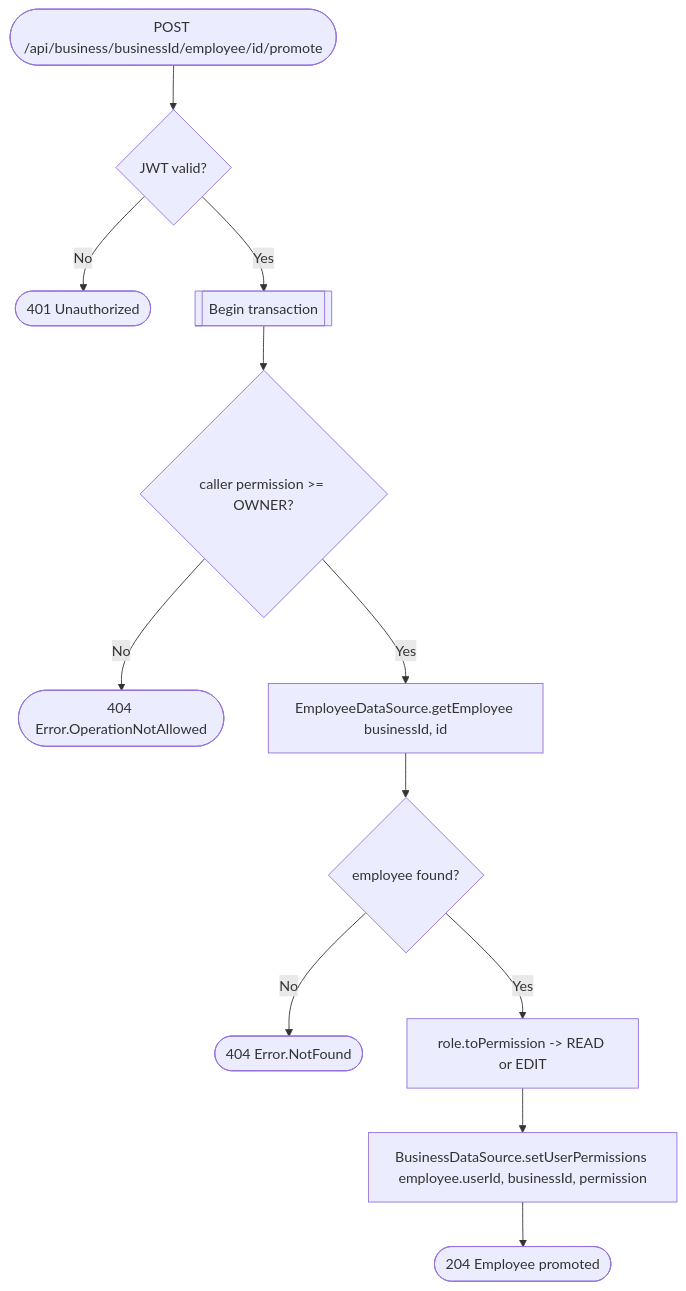
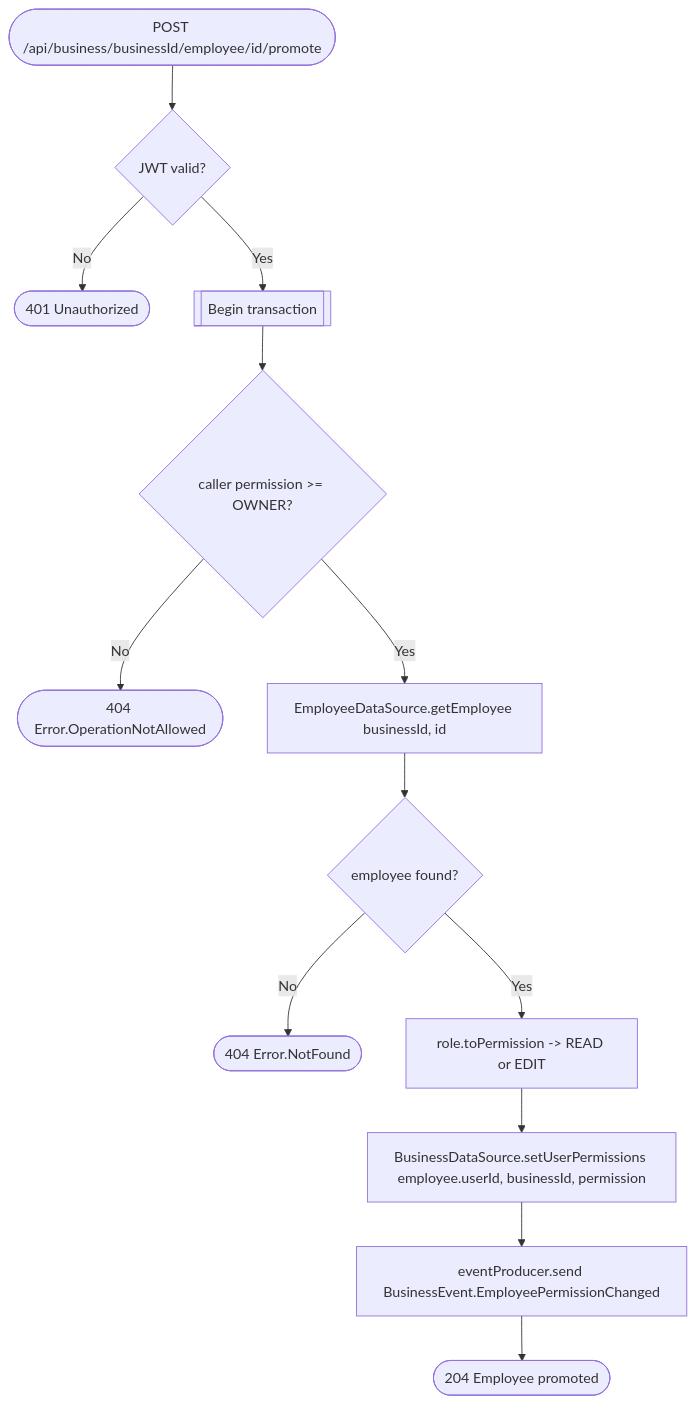
One commit to an22/bookk.me-backend changed the diagram in docs/operations/business/promote-employee.md. Above: the diagram before and after it, drawn with Mermaid. The commit also changed other lines of this file and 55 other files, not shown here.

Commit message:
[ISSUE-89] add permission so employee can change its own records even with READ permissions

````diff
--- a/docs/operations/business/promote-employee.md
+++ b/docs/operations/business/promote-employee.md
@@ -12,14 +12,15 @@
 ```mermaid
 flowchart TD
     Start([POST /api/business/businessId/employee/id/promote]) --> Auth{JWT valid?}
     Auth -- No --> R401([401 Unauthorized])
     Auth -- Yes --> Tx[[Begin transaction]]
     Tx --> Perm{caller permission >= OWNER?}
     Perm -- No --> R404a([404 Error.OperationNotAllowed])
     Perm -- Yes --> Lookup[EmployeeDataSource.getEmployee businessId, id]
     Lookup --> Found{employee found?}
     Found -- No --> R404b([404 Error.NotFound])
     Found -- Yes --> Map[role.toPermission -> READ or EDIT]
     Map --> Set[BusinessDataSource.setUserPermissions employee.userId, businessId, permission]
-    Set --> R204([204 Employee promoted])
+    Set --> Event[eventProducer.send BusinessEvent.EmployeePermissionChanged]
+    Event --> R204([204 Employee promoted])
 ```
````
